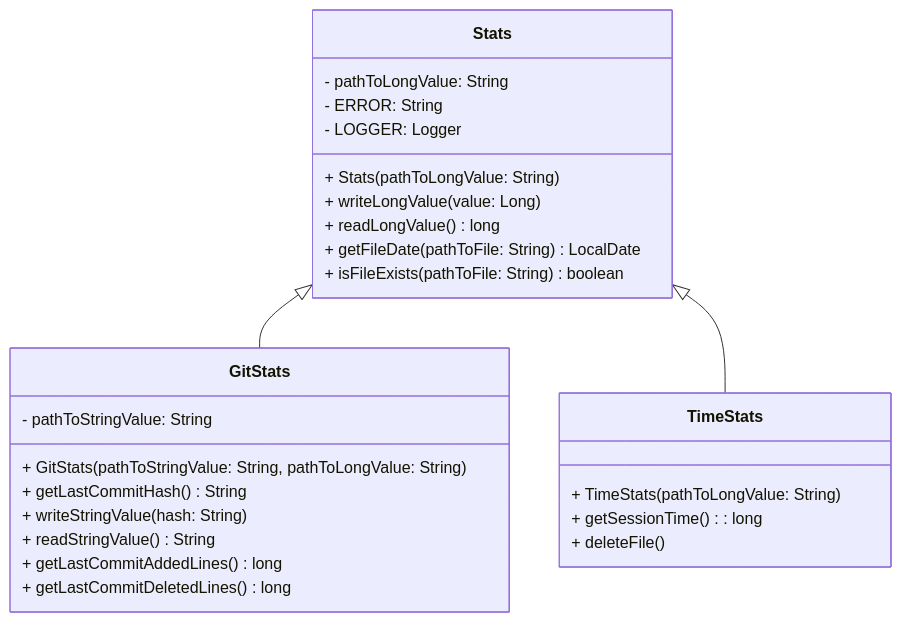
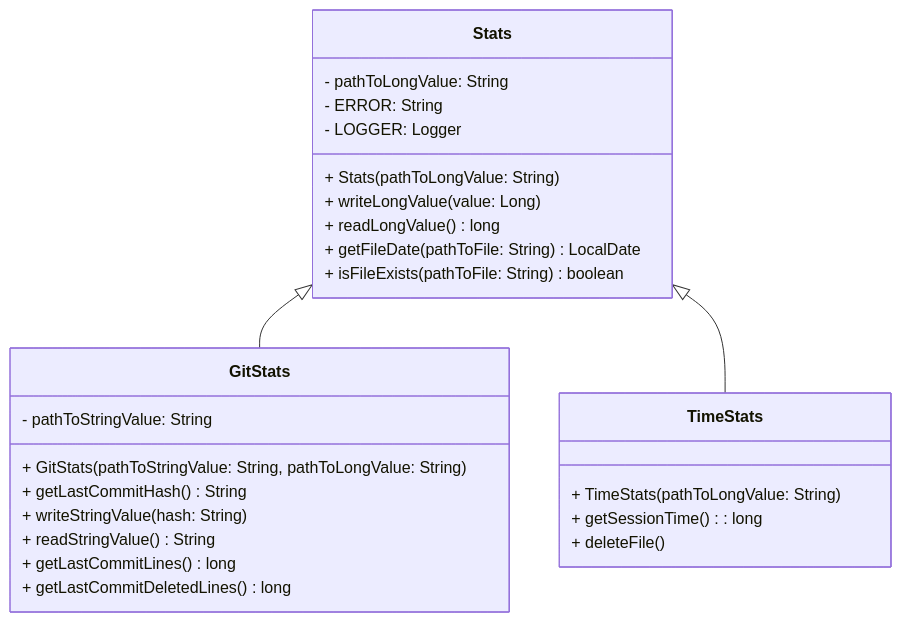
One commit to AlexandrAnatoliev/jvim-plugins changed the first of 4 diagrams in vimstat/README.md. Above: the diagram before and after it, drawn with Mermaid. The commit also changed other lines of this file and 3 other files, not shown here.

Commit message:
fix(vimstat): add parameter in getLastCommitLines

````diff
--- a/vimstat/README.md
+++ b/vimstat/README.md
@@ -142,33 +142,33 @@
 ```mermaid
 classDiagram
 
   class Stats {
     - pathToLongValue: String 
     - ERROR: String 
     - LOGGER: Logger
     + Stats(pathToLongValue: String)
     + writeLongValue(value: Long )
     + readLongValue() long 
     + getFileDate(pathToFile: String) LocalDate
     + isFileExists(pathToFile: String) boolean 
   }
 
   class GitStats {
     - pathToStringValue: String 
     + GitStats(pathToStringValue: String, pathToLongValue: String)
     + getLastCommitHash() String 
     + writeStringValue(hash: String) 
     + readStringValue() String
-    + getLastCommitAddedLines() long
+    + getLastCommitLines() long
     + getLastCommitDeletedLines() long
   }
 
   class TimeStats {
     + TimeStats(pathToLongValue: String)
     + getSessionTime(): long 
     + deleteFile() 
   }
 
   Stats <|-- GitStats
   Stats <|-- TimeStats
 ```
````
